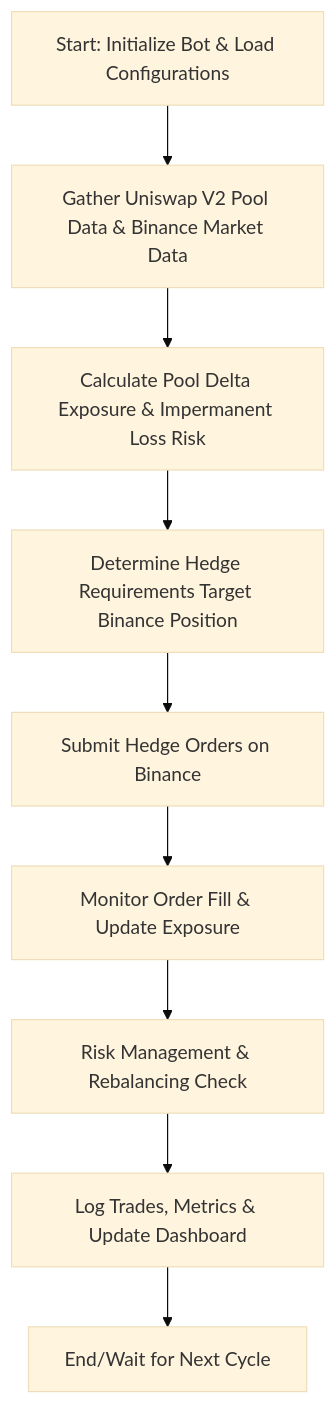
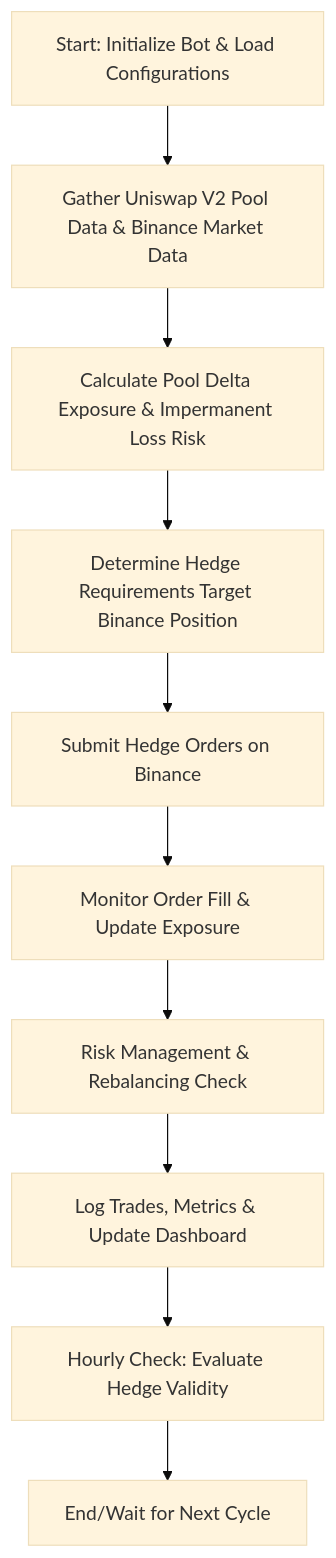
Before and after one commit to akerbabber/LPxFutures-backtest: the diagram in flowchart.md, drawn with Mermaid (base theme).

Commit message:
Add hourly check for evaluating hedge validity in flowchart

````diff
--- a/flowchart.md
+++ b/flowchart.md
@@ -1,21 +1,23 @@
 ```mermaid
 flowchart TD
     A[Start: Initialize Bot & Load Configurations]
     B[Gather Uniswap V2 Pool Data & Binance Market Data]
     C[Calculate Pool Delta Exposure & Impermanent Loss Risk]
     D[Determine Hedge Requirements Target Binance Position]
     E[Submit Hedge Orders on Binance]
     F[Monitor Order Fill & Update Exposure]
     G[Risk Management & Rebalancing Check]
     H[Log Trades, Metrics & Update Dashboard]
+    L[Hourly Check: Evaluate Hedge Validity]
     K[End/Wait for Next Cycle]
     
     A --> B
     B --> C
     C --> D
     D --> E
     E --> F
     F --> G
     G --> H
-    H --> K
+    H --> L
+    L --> K
 ```
````
